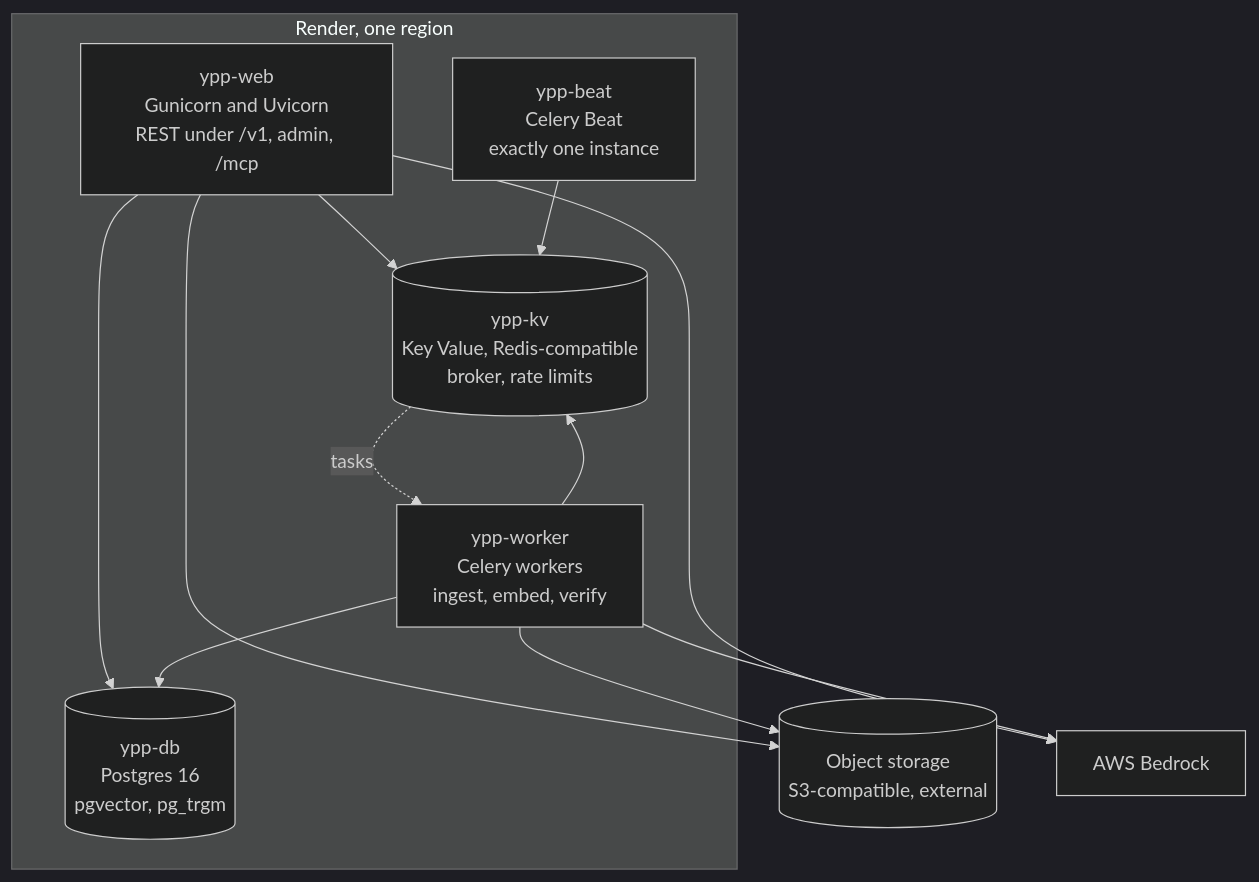
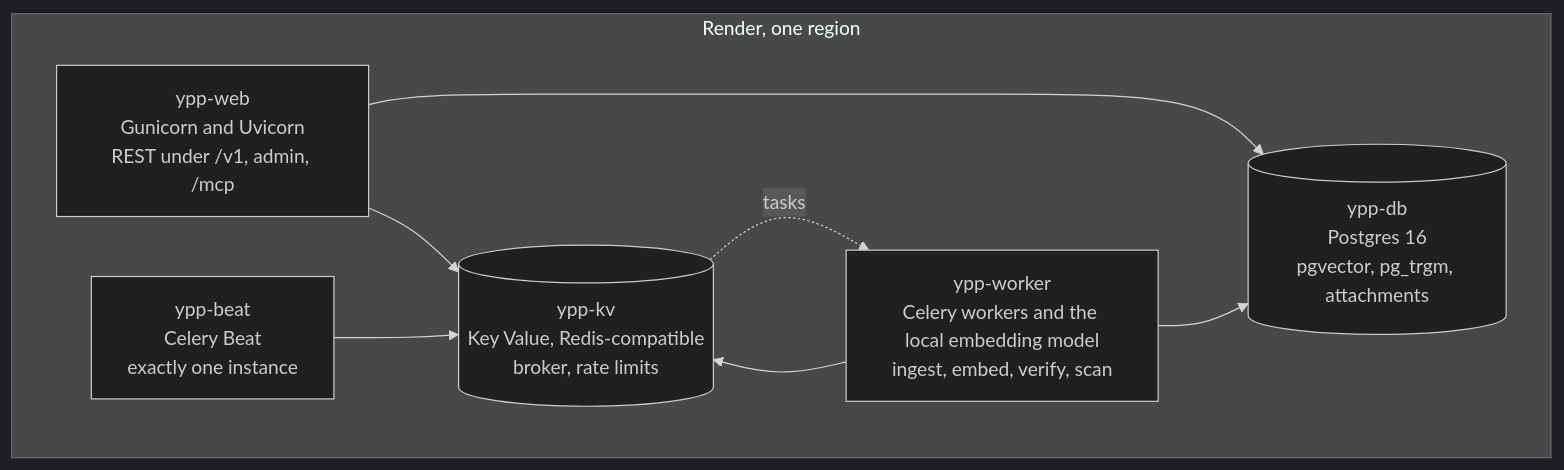
Before and after one commit to Si-Tumetry/try: the second of 12 diagrams in docs/ARCHITECTURE.md, drawn with Mermaid (dark theme). The commit also changed other lines of this file and 44 other files, not shown here.

````diff
--- a/docs/ARCHITECTURE.md
+++ b/docs/ARCHITECTURE.md
@@ -81,24 +82,17 @@
 ```mermaid
 flowchart TB
     subgraph Render["Render, one region"]
         WEB["ypp-web<br/>Gunicorn and Uvicorn<br/>REST under /v1, admin, /mcp"]
-        WRK["ypp-worker<br/>Celery workers<br/>ingest, embed, verify"]
+        WRK["ypp-worker<br/>Celery workers and the local embedding model<br/>ingest, embed, verify, scan"]
         BEAT["ypp-beat<br/>Celery Beat<br/>exactly one instance"]
-        DB[("ypp-db<br/>Postgres 16<br/>pgvector, pg_trgm")]
+        DB[("ypp-db<br/>Postgres 16<br/>pgvector, pg_trgm, attachments")]
         KV[("ypp-kv<br/>Key Value, Redis-compatible<br/>broker, rate limits")]
     end
 
-    OBJ[("Object storage<br/>S3-compatible, external")]
-    BR["AWS Bedrock"]
-
     WEB --> DB
     WEB --> KV
-    WEB --> OBJ
-    WEB --> BR
     WRK --> DB
     WRK --> KV
-    WRK --> OBJ
-    WRK --> BR
     BEAT --> KV
     KV -. "tasks" .-> WRK
 ```
````
